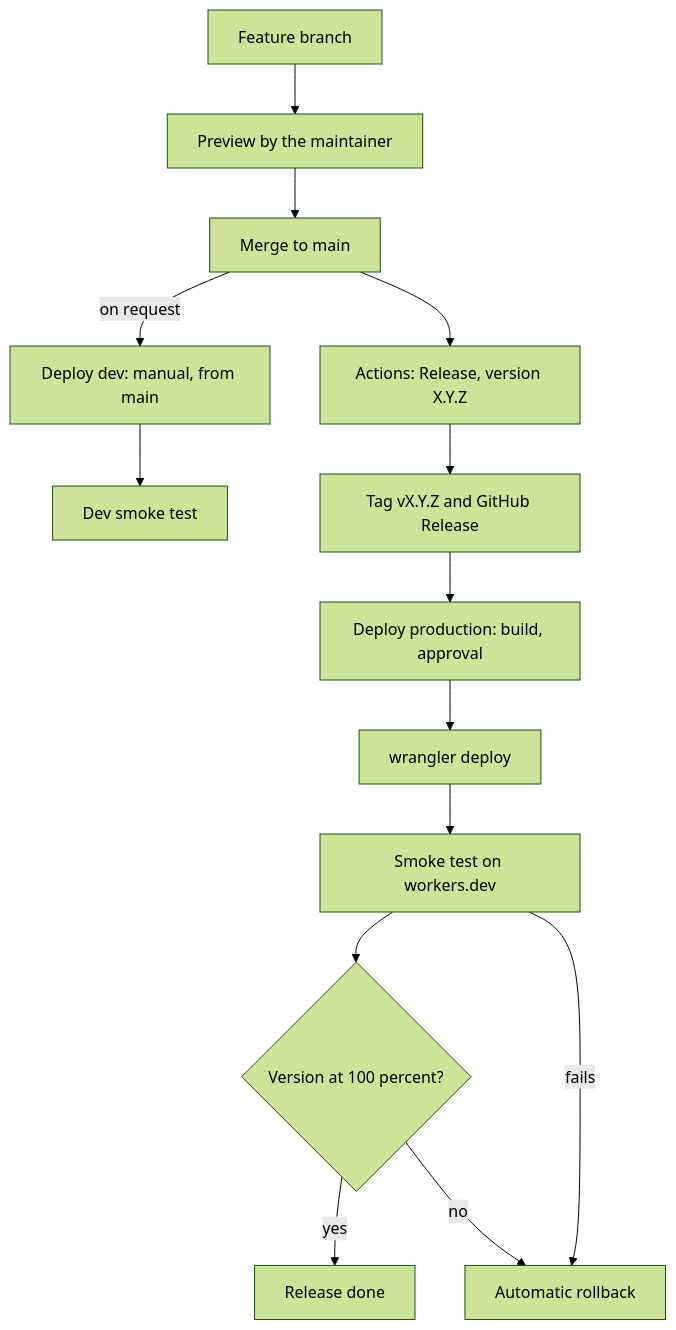
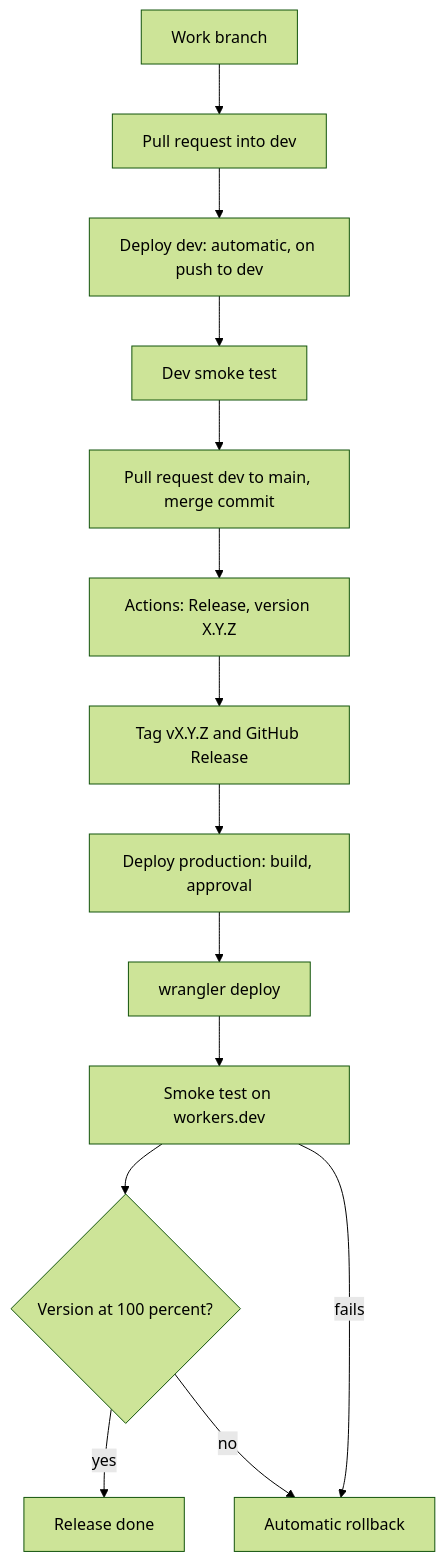
One commit to greenblacked/Notes changed the diagram in content/runbooks/cloudflare-workers-deploy-and-rollback.md. Above: the diagram before and after it, drawn with Mermaid (forest theme). The commit also changed other lines of this file and 5 other files, not shown here.

````diff
--- a/content/runbooks/cloudflare-workers-deploy-and-rollback.md
+++ b/content/runbooks/cloudflare-workers-deploy-and-rollback.md
@@ -36,16 +36,16 @@
 ```mermaid
 flowchart TD
-    A[Feature branch] --> P[Preview by the maintainer]
-    P --> M[Merge to main]
-    M -->|on request| B[Deploy dev: manual, from main]
+    A[Work branch] --> P[Pull request into dev]
+    P --> B[Deploy dev: automatic, on push to dev]
     B --> C[Dev smoke test]
+    C --> M[Pull request dev to main, merge commit]
     M --> D[Actions: Release, version X.Y.Z]
     D --> E[Tag vX.Y.Z and GitHub Release]
     E --> F[Deploy production: build, approval]
     F --> G[wrangler deploy]
     G --> H[Smoke test on workers.dev]
     H --> I{Version at 100 percent?}
     I -- yes --> J[Release done]
     I -- no --> K[Automatic rollback]
     H -- fails --> K
 ```
````
